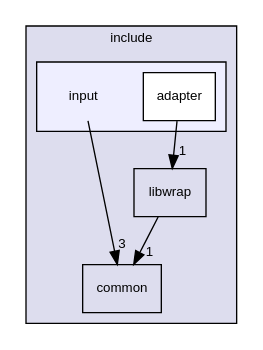
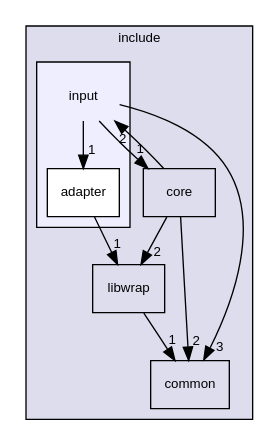
One commit to aka1ha2n3e/project00 changed the diagram in document/ドキュメント/dir_9f5c276ab9fb4f37ad248a8f0e5ee4a1_dep.dot. Above: the diagram before and after it, drawn with Graphviz. The commit also changed 380 other files, not shown here.

```diff
--- a/document/ドキュメント/dir_9f5c276ab9fb4f37ad248a8f0e5ee4a1_dep.dot
+++ b/document/ドキュメント/dir_9f5c276ab9fb4f37ad248a8f0e5ee4a1_dep.dot
@@ -1,18 +1,24 @@
 digraph "include/input" {
   compound=true
   node [ fontsize="10", fontname="Helvetica"];
   edge [ labelfontsize="10", labelfontname="Helvetica"];
   subgraph clusterdir_d44c64559bbebec7f509842c48db8b23 {
     graph [ bgcolor="#ddddee", pencolor="black", label="include" fontname="Helvetica", fontsize="10", URL="dir_d44c64559bbebec7f509842c48db8b23.html"]
   dir_0966d06610f72609fd9aa4979c2b5a92 [shape=box label="common" URL="dir_0966d06610f72609fd9aa4979c2b5a92.html"];
+  dir_3d69f64eaf81436fe2b22361382717e5 [shape=box label="core" URL="dir_3d69f64eaf81436fe2b22361382717e5.html"];
   dir_949441c2fc90a8df3bc710cd47f5b420 [shape=box label="libwrap" URL="dir_949441c2fc90a8df3bc710cd47f5b420.html"];
   subgraph clusterdir_9f5c276ab9fb4f37ad248a8f0e5ee4a1 {
     graph [ bgcolor="#eeeeff", pencolor="black", label="" URL="dir_9f5c276ab9fb4f37ad248a8f0e5ee4a1.html"];
     dir_9f5c276ab9fb4f37ad248a8f0e5ee4a1 [shape=plaintext label="input"];
   dir_8dc9914b53622c7934a9218837d37e53 [shape=box label="adapter" fillcolor="white" style="filled" URL="dir_8dc9914b53622c7934a9218837d37e53.html"];
   }
   }
   dir_9f5c276ab9fb4f37ad248a8f0e5ee4a1->dir_0966d06610f72609fd9aa4979c2b5a92 [headlabel="3", labeldistance=1.5 headhref="dir_000004_000001.html"];
+  dir_9f5c276ab9fb4f37ad248a8f0e5ee4a1->dir_3d69f64eaf81436fe2b22361382717e5 [headlabel="1", labeldistance=1.5 headhref="dir_000004_000002.html"];
+  dir_9f5c276ab9fb4f37ad248a8f0e5ee4a1->dir_8dc9914b53622c7934a9218837d37e53 [headlabel="1", labeldistance=1.5 headhref="dir_000004_000005.html"];
   dir_8dc9914b53622c7934a9218837d37e53->dir_949441c2fc90a8df3bc710cd47f5b420 [headlabel="1", labeldistance=1.5 headhref="dir_000005_000007.html"];
+  dir_3d69f64eaf81436fe2b22361382717e5->dir_0966d06610f72609fd9aa4979c2b5a92 [headlabel="2", labeldistance=1.5 headhref="dir_000002_000001.html"];
+  dir_3d69f64eaf81436fe2b22361382717e5->dir_949441c2fc90a8df3bc710cd47f5b420 [headlabel="2", labeldistance=1.5 headhref="dir_000002_000007.html"];
+  dir_3d69f64eaf81436fe2b22361382717e5->dir_9f5c276ab9fb4f37ad248a8f0e5ee4a1 [headlabel="2", labeldistance=1.5 headhref="dir_000002_000004.html"];
   dir_949441c2fc90a8df3bc710cd47f5b420->dir_0966d06610f72609fd9aa4979c2b5a92 [headlabel="1", labeldistance=1.5 headhref="dir_000007_000001.html"];
 }
```
